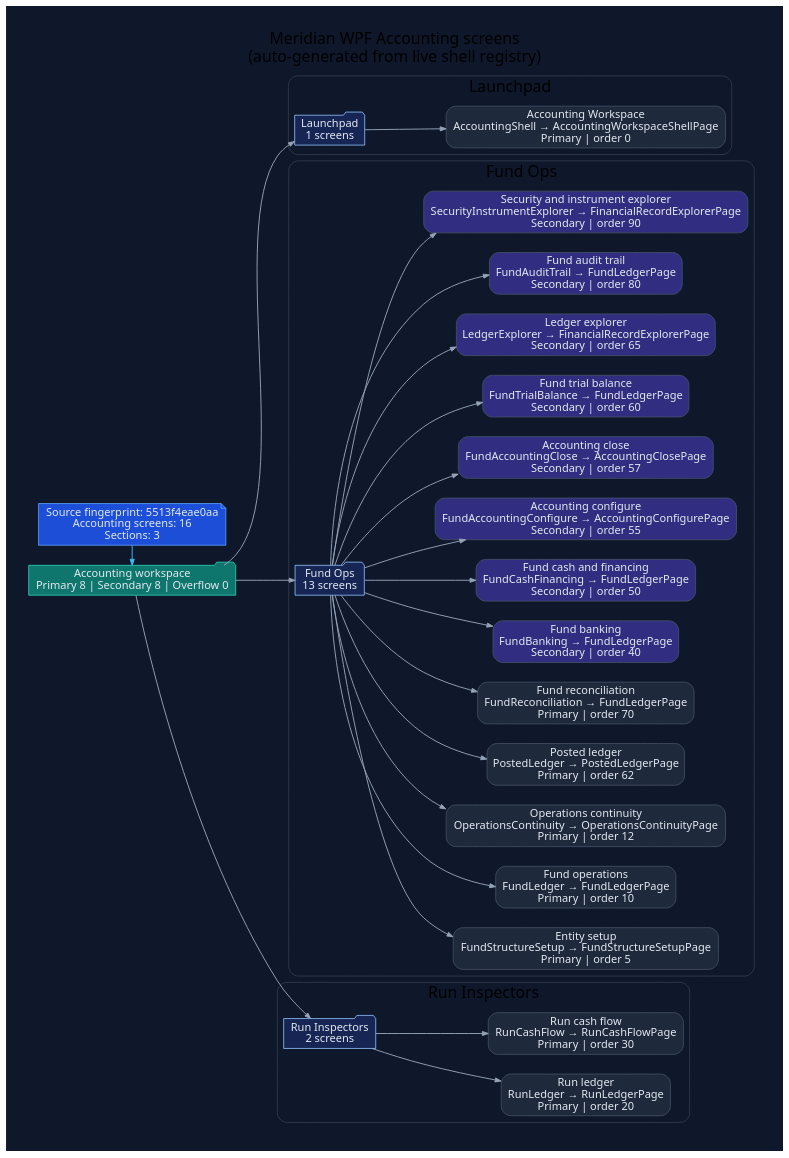
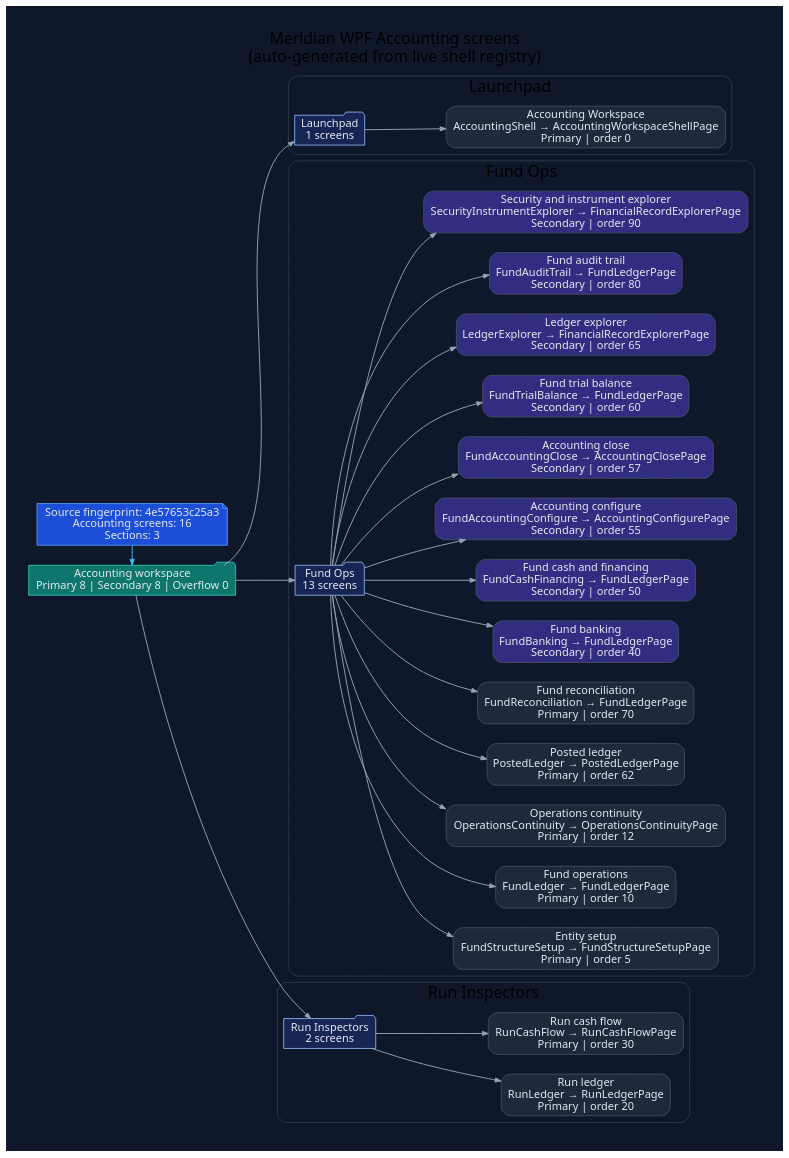
Before and after one commit to rodoHasArrived/Meridian-main: the diagram in docs/diagrams/ui-wpf-screens-accounting.dot, drawn with Graphviz. The commit also changed 107 other files, not shown here.

First line of the commit message:
docs(generated): refresh references, diagrams and coverage after merging the base

```diff
--- a/docs/diagrams/ui-wpf-screens-accounting.dot
+++ b/docs/diagrams/ui-wpf-screens-accounting.dot
@@ -1,82 +1,82 @@
 // -----------------------------------------------------------------------------
 // <auto-generated>
 // Generated by scripts/generate-diagrams.mjs.
 // Do not edit this file directly; update the WPF source files instead.
 // -----------------------------------------------------------------------------
 digraph WpfAccountingScreens {
   graph [
     rankdir=LR,
     labelloc=t,
     label="Meridian WPF Accounting screens\n(auto-generated from live shell registry)",
     fontname="Segoe UI",
     fontsize=20,
     pad=0.4,
     nodesep=0.35,
     ranksep=0.85,
     bgcolor="#0f172a"
   ];
   node [fontname="Segoe UI", shape=box, style="rounded,filled", color="#475569", fontcolor="#e2e8f0", fillcolor="#1e293b"];
   edge [fontname="Segoe UI", color="#94a3b8", penwidth=1.2, arrowsize=0.75];
 
-  generated [shape=note, fillcolor="#1d4ed8", color="#60a5fa", label="Source fingerprint: 5513f4eae0aa\nAccounting screens: 16\nSections: 3"];
+  generated [shape=note, fillcolor="#1d4ed8", color="#60a5fa", label="Source fingerprint: 4e57653c25a3\nAccounting screens: 16\nSections: 3"];
   workspace [shape=folder, fillcolor="#0f766e", color="#2dd4bf", label="Accounting workspace\nPrimary 8 | Secondary 8 | Overflow 0"];
   generated -> workspace [color="#38bdf8"];
 
   subgraph cluster_section_1 {
     label="Launchpad";
     color="#334155";
     style="rounded";
     section_1 [shape=folder, fillcolor="#172554", color="#93c5fd", label="Launchpad\n1 screens"];
     workspace -> section_1;
     screen_AccountingShell [fillcolor="#1e293b", label="Accounting Workspace\nAccountingShell → AccountingWorkspaceShellPage\nPrimary | order 0"];
     section_1 -> screen_AccountingShell;
   }
 
   subgraph cluster_section_2 {
     label="Fund Ops";
     color="#334155";
     style="rounded";
     section_2 [shape=folder, fillcolor="#172554", color="#93c5fd", label="Fund Ops\n13 screens"];
     workspace -> section_2;
     screen_FundStructureSetup [fillcolor="#1e293b", label="Entity setup\nFundStructureSetup → FundStructureSetupPage\nPrimary | order 5"];
     section_2 -> screen_FundStructureSetup;
     screen_FundLedger [fillcolor="#1e293b", label="Fund operations\nFundLedger → FundLedgerPage\nPrimary | order 10"];
     section_2 -> screen_FundLedger;
     screen_OperationsContinuity [fillcolor="#1e293b", label="Operations continuity\nOperationsContinuity → OperationsContinuityPage\nPrimary | order 12"];
     section_2 -> screen_OperationsContinuity;
     screen_PostedLedger [fillcolor="#1e293b", label="Posted ledger\nPostedLedger → PostedLedgerPage\nPrimary | order 62"];
     section_2 -> screen_PostedLedger;
     screen_FundReconciliation [fillcolor="#1e293b", label="Fund reconciliation\nFundReconciliation → FundLedgerPage\nPrimary | order 70"];
     section_2 -> screen_FundReconciliation;
     screen_FundBanking [fillcolor="#312e81", label="Fund banking\nFundBanking → FundLedgerPage\nSecondary | order 40"];
     section_2 -> screen_FundBanking;
     screen_FundCashFinancing [fillcolor="#312e81", label="Fund cash and financing\nFundCashFinancing → FundLedgerPage\nSecondary | order 50"];
     section_2 -> screen_FundCashFinancing;
     screen_FundAccountingConfigure [fillcolor="#312e81", label="Accounting configure\nFundAccountingConfigure → AccountingConfigurePage\nSecondary | order 55"];
     section_2 -> screen_FundAccountingConfigure;
     screen_FundAccountingClose [fillcolor="#312e81", label="Accounting close\nFundAccountingClose → AccountingClosePage\nSecondary | order 57"];
     section_2 -> screen_FundAccountingClose;
     screen_FundTrialBalance [fillcolor="#312e81", label="Fund trial balance\nFundTrialBalance → FundLedgerPage\nSecondary | order 60"];
     section_2 -> screen_FundTrialBalance;
     screen_LedgerExplorer [fillcolor="#312e81", label="Ledger explorer\nLedgerExplorer → FinancialRecordExplorerPage\nSecondary | order 65"];
     section_2 -> screen_LedgerExplorer;
     screen_FundAuditTrail [fillcolor="#312e81", label="Fund audit trail\nFundAuditTrail → FundLedgerPage\nSecondary | order 80"];
     section_2 -> screen_FundAuditTrail;
     screen_SecurityInstrumentExplorer [fillcolor="#312e81", label="Security and instrument explorer\nSecurityInstrumentExplorer → FinancialRecordExplorerPage\nSecondary | order 90"];
     section_2 -> screen_SecurityInstrumentExplorer;
   }
 
   subgraph cluster_section_3 {
     label="Run Inspectors";
     color="#334155";
     style="rounded";
     section_3 [shape=folder, fillcolor="#172554", color="#93c5fd", label="Run Inspectors\n2 screens"];
     workspace -> section_3;
     screen_RunLedger [fillcolor="#1e293b", label="Run ledger\nRunLedger → RunLedgerPage\nPrimary | order 20"];
     section_3 -> screen_RunLedger;
     screen_RunCashFlow [fillcolor="#1e293b", label="Run cash flow\nRunCashFlow → RunCashFlowPage\nPrimary | order 30"];
     section_3 -> screen_RunCashFlow;
   }
 
   { rank=min; generated; workspace; }
 }
```
